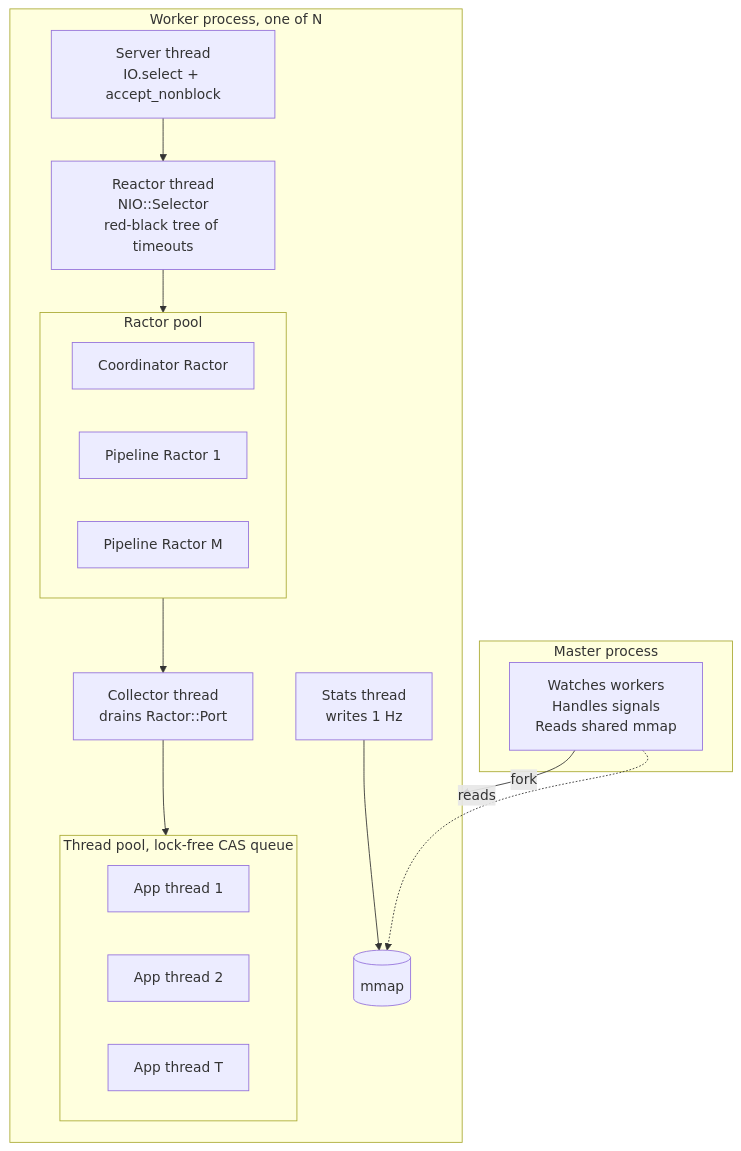
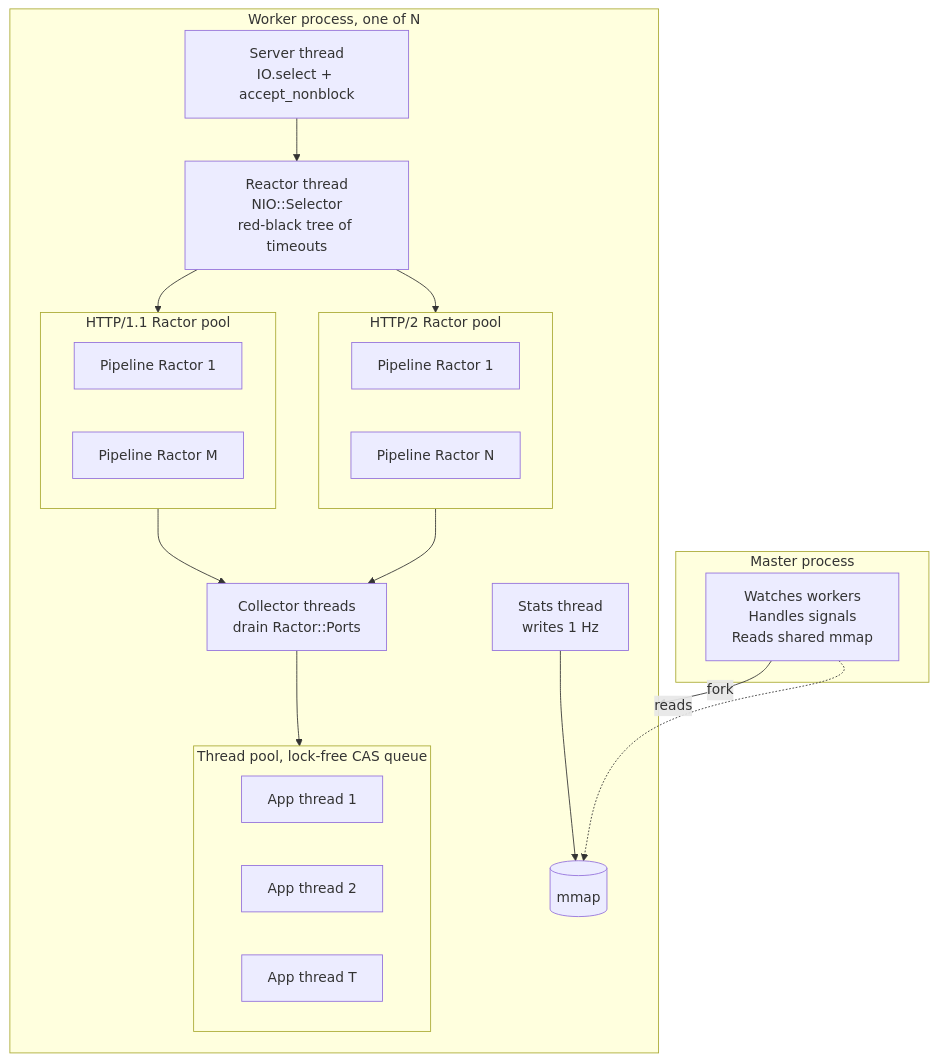
The second of 14 diagrams in docs/brisrails-talk.md (joshuay03/raptor), drawn with Mermaid before and after one commit. The commit also changed other lines of this file and 16 other files, not shown here.

Commit message:
Parse HTTP/2 requests in a dedicated ractor pool

````diff
--- a/docs/brisrails-talk.md
+++ b/docs/brisrails-talk.md
@@ -564,36 +564,42 @@
 ```mermaid
 flowchart TB
     subgraph Master["Master process"]
         MM["Watches workers<br/>Handles signals<br/>Reads shared mmap"]
     end
 
     subgraph Worker["Worker process, one of N"]
         SRV["Server thread<br/>IO.select + accept_nonblock"]
         RCT["Reactor thread<br/>NIO::Selector<br/>red-black tree of timeouts"]
 
-        subgraph RP["Ractor pool"]
-            CRD["Coordinator Ractor"]
+        subgraph RP1["HTTP/1.1 Ractor pool"]
             RW1["Pipeline Ractor 1"]
             RWM["Pipeline Ractor M"]
         end
 
-        COL["Collector thread<br/>drains Ractor::Port"]
+        subgraph RP2["HTTP/2 Ractor pool"]
+            RW2["Pipeline Ractor 1"]
+            RWN["Pipeline Ractor N"]
+        end
+
+        COL["Collector threads<br/>drain Ractor::Ports"]
 
         subgraph ATP["Thread pool, lock-free CAS queue"]
             T1["App thread 1"]
             T2["App thread 2"]
             T3["App thread T"]
         end
 
         STA["Stats thread<br/>writes 1 Hz"]
 
         SRV --> RCT
-        RCT --> RP
-        RP --> COL
+        RCT --> RP1
+        RCT --> RP2
+        RP1 --> COL
+        RP2 --> COL
         COL --> ATP
         STA --> SHM[("mmap")]
     end
 
     MM -->|"fork"| Worker
     MM -.->|"reads"| SHM
 ```
````
